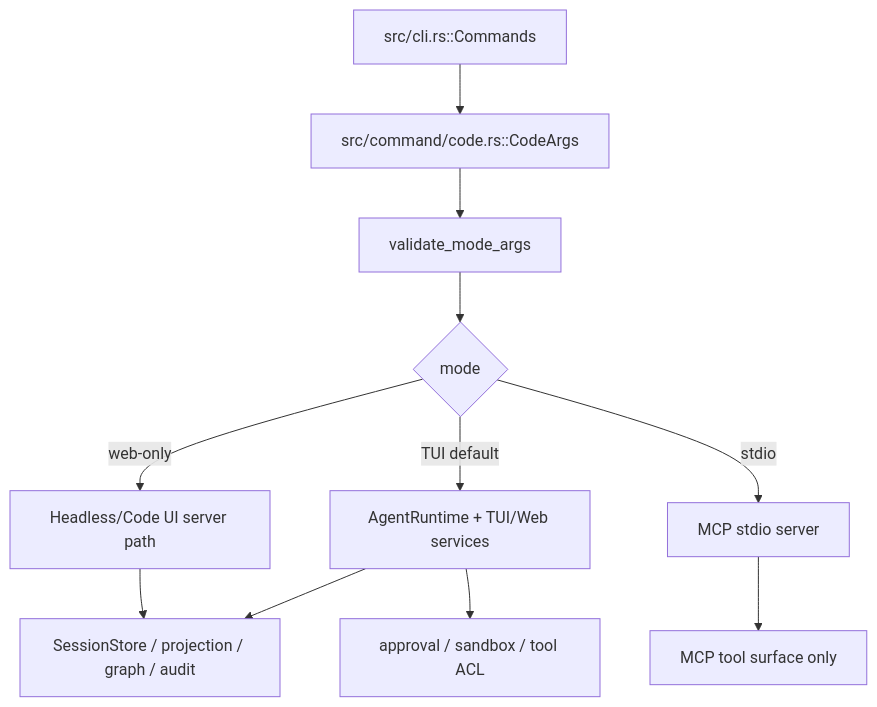
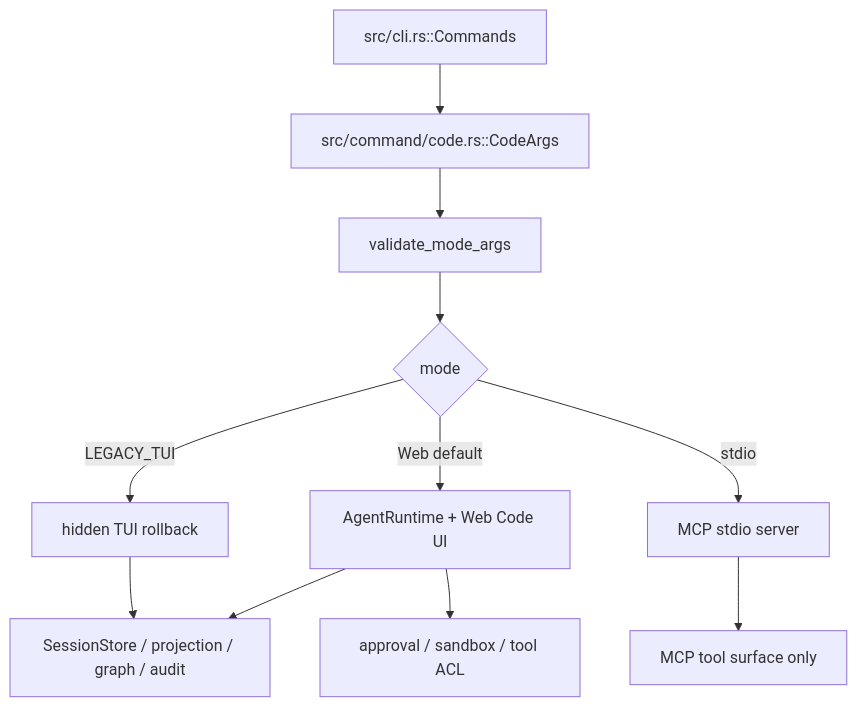
Before and after one commit to jjl9807/libra: the diagram in docs/development/tracing/code.md, drawn with Mermaid. The commit also changed other lines of this file and 33 other files, not shown here.

First line of the commit message:
docs(code): close Phase 4 docs to Web-default (W4-05)

````diff
--- a/docs/development/tracing/code.md
+++ b/docs/development/tracing/code.md
@@ -30,13 +30,13 @@
 ```mermaid
 flowchart TD
     A["src/cli.rs::Commands"] --> B["src/command/code.rs::CodeArgs"]
     B --> C["validate_mode_args"]
     C --> D{"mode"}
-    D -->|"TUI default"| E["AgentRuntime + TUI/Web services"]
-    D -->|"web-only"| F["Headless/Code UI server path"]
+    D -->|"Web default"| E["AgentRuntime + Web Code UI"]
+    D -->|"LEGACY_TUI"| F["hidden TUI rollback"]
     D -->|"stdio"| G["MCP stdio server"]
     E --> H["SessionStore / projection / graph / audit"]
     F --> H
     G --> I["MCP tool surface only"]
     E --> J["approval / sandbox / tool ACL"]
 ```
````
